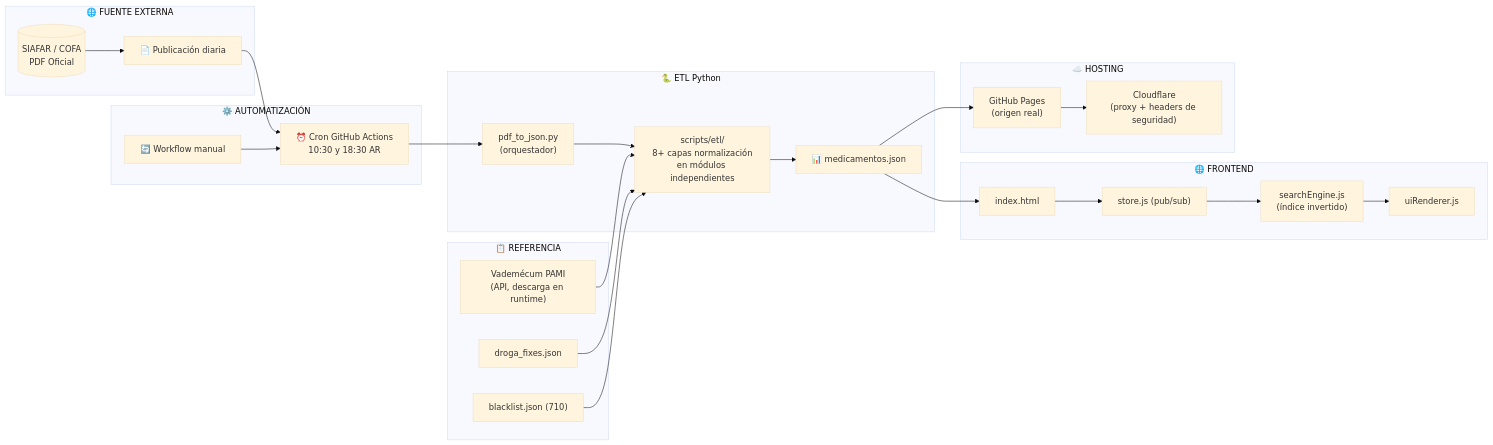
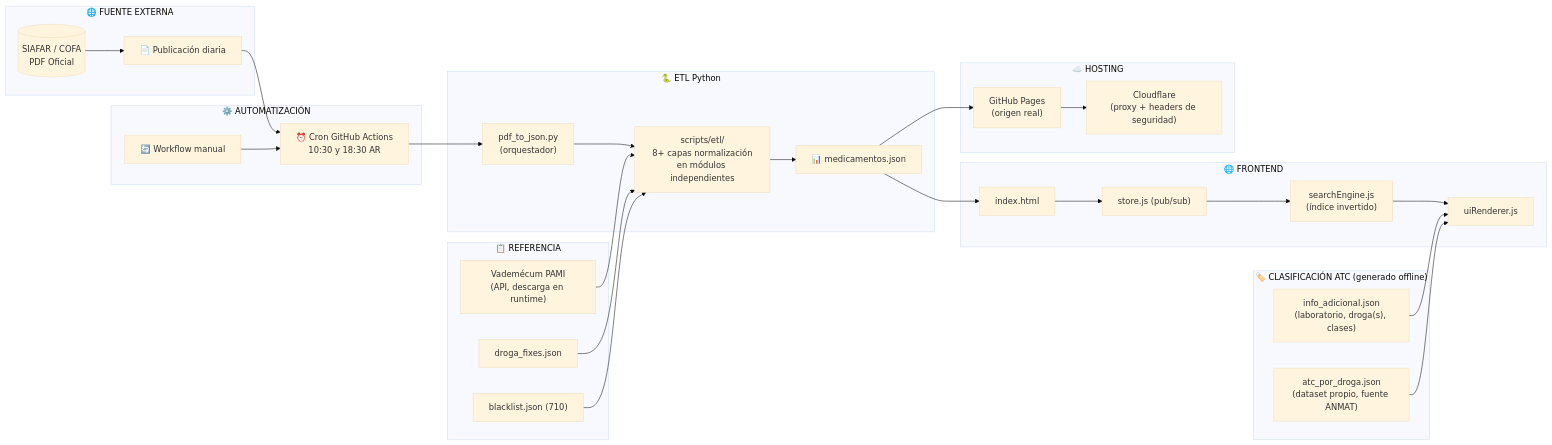
One commit to psbella/remedi.ar changed the third of 10 diagrams in README.md. Above: the diagram before and after it, drawn with Mermaid (base theme). The commit also changed 1 other file, not shown here.

Commit message:
docs(readme): agregar clasificación ATC/info-adicional al diagrama de Arquitectura del Sistema (ES/EN)

````diff
--- a/README.md
+++ b/README.md
@@ -603,53 +603,60 @@
 ```mermaid
 flowchart LR
 
     subgraph ONE["🌐 FUENTE EXTERNA"]
         A[("SIAFAR / COFA\nPDF Oficial")]
         B["📄 Publicación diaria"]
     end
 
     subgraph TWO["⚙️ AUTOMATIZACIÓN"]
         C["⏰ Cron GitHub Actions\n10:30 y 18:30 AR"]
         D["🔄 Workflow manual"]
     end
 
     subgraph THREE["🐍 ETL Python"]
         E["pdf_to_json.py\n(orquestador)"]
         E2["scripts/etl/\n8+ capas normalización\nen módulos independientes"]
         G["📊 medicamentos.json"]
     end
 
     subgraph REF["📋 REFERENCIA"]
         H["Vademécum PAMI\n(API, descarga en runtime)"]
         I["droga_fixes.json"]
         J["blacklist.json (710)"]
+    end
+
+    subgraph ATC["🏷️ CLASIFICACIÓN ATC (generado offline)"]
+        H2["info_adicional.json\n(laboratorio, droga(s), clases)"]
+        I2["atc_por_droga.json\n(dataset propio, fuente ANMAT)"]
     end
 
     subgraph FIVE["🌐 FRONTEND"]
         K["index.html"]
         L["store.js (pub/sub)"]
         M["searchEngine.js\n(índice invertido)"]
         N["uiRenderer.js"]
     end
 
     subgraph SEVEN["☁️ HOSTING"]
         Q["GitHub Pages\n(origen real)"]
         R["Cloudflare\n(proxy + headers de seguridad)"]
     end
 
     A --> B
     B --> C
     D --> C
     C --> E
     E --> E2
     H --> E2
     I --> E2
     J --> E2
     E2 --> G
     G --> K
     K --> L
     L --> M
     M --> N
+    H2 --> N
+    I2 --> N
     G --> Q
     Q --> R
 ```
````
